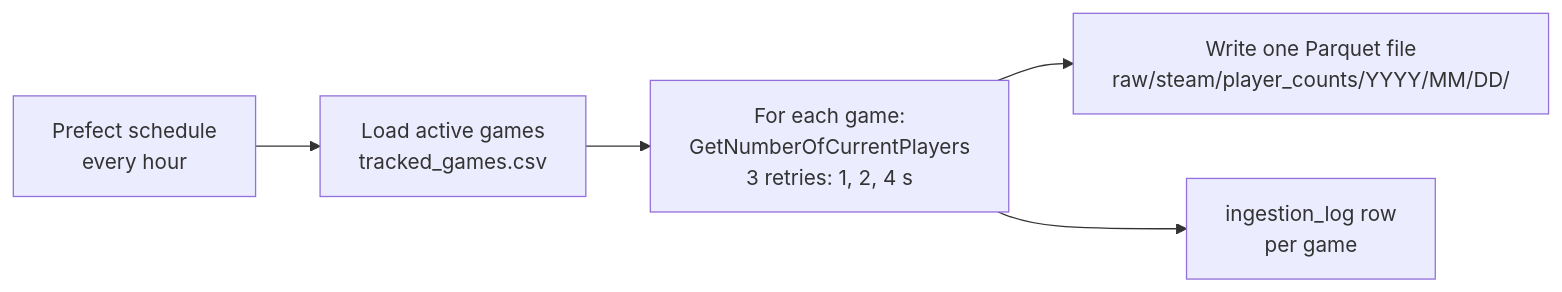
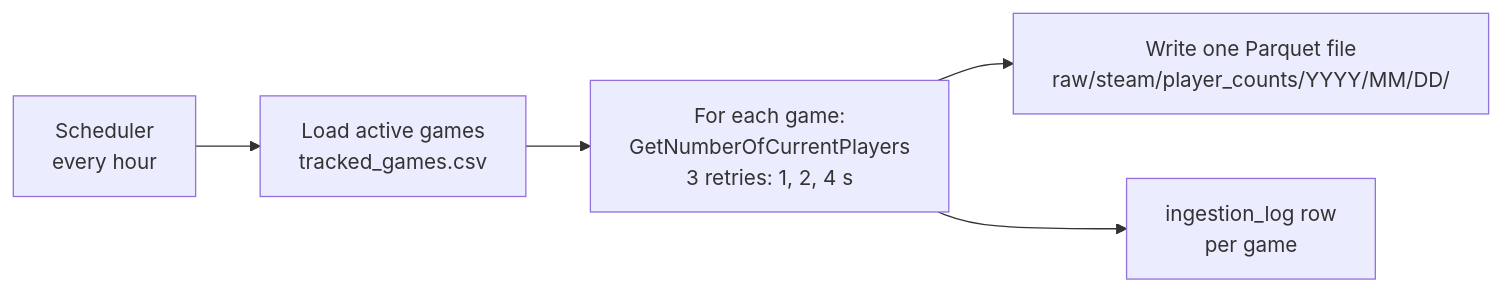
The sixth of 8 diagrams in docs/TRD.md (Aakash-1107/Game-Market-Intelligence), drawn with Mermaid before and after one commit. The commit also changed other lines of this file and 14 other files, not shown here.

````diff
--- a/docs/TRD.md
+++ b/docs/TRD.md
@@ -347,7 +359,7 @@
 ```mermaid
 flowchart LR
-    T["Prefect schedule<br/>every hour"] --> G["Load active games<br/>tracked_games.csv"]
+    T["Scheduler<br/>every hour"] --> G["Load active games<br/>tracked_games.csv"]
     G --> R["For each game:<br/>GetNumberOfCurrentPlayers<br/>3 retries: 1, 2, 4 s"]
     R --> W["Write one Parquet file<br/>raw/steam/player_counts/YYYY/MM/DD/"]
     R --> L["ingestion_log row<br/>per game"]
 ```
````
